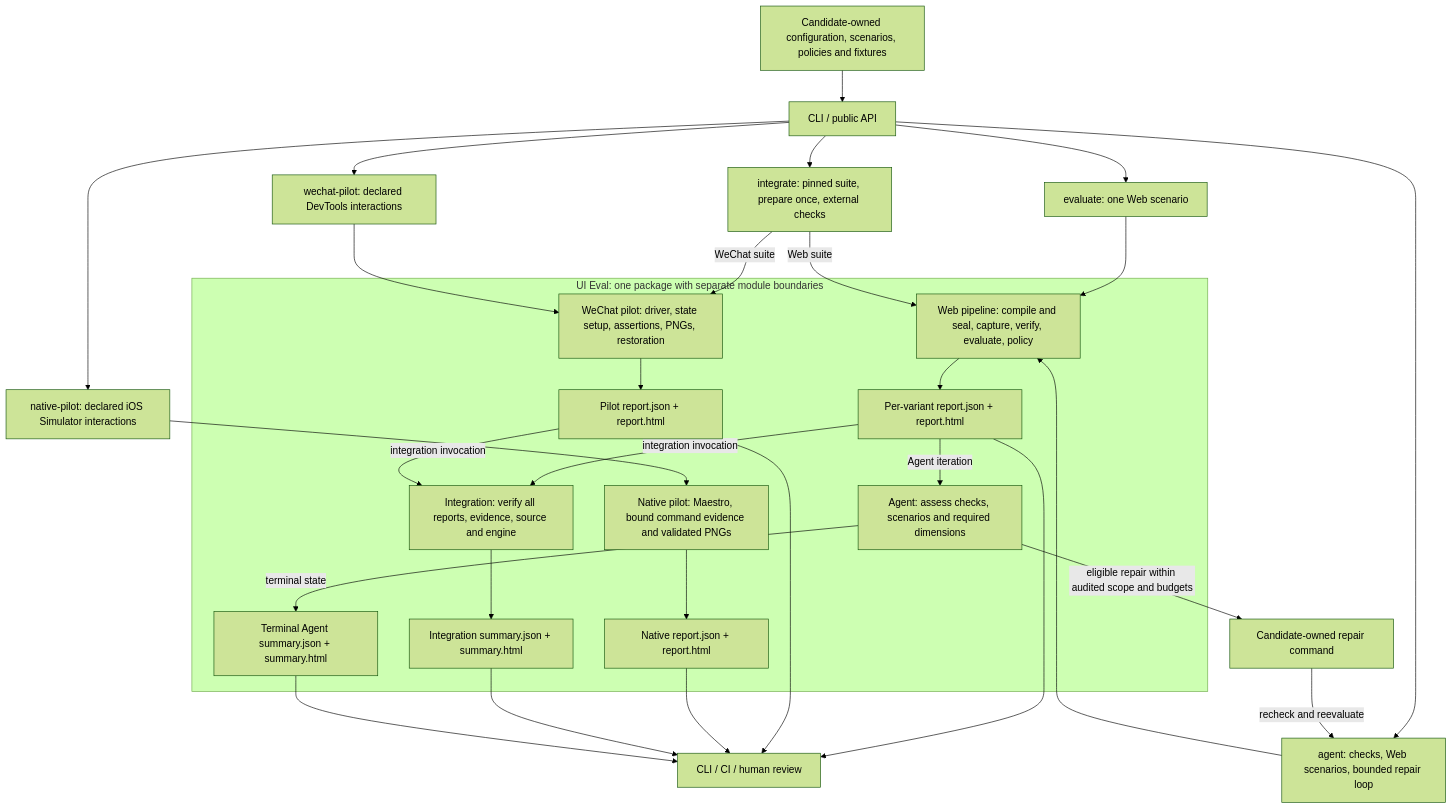
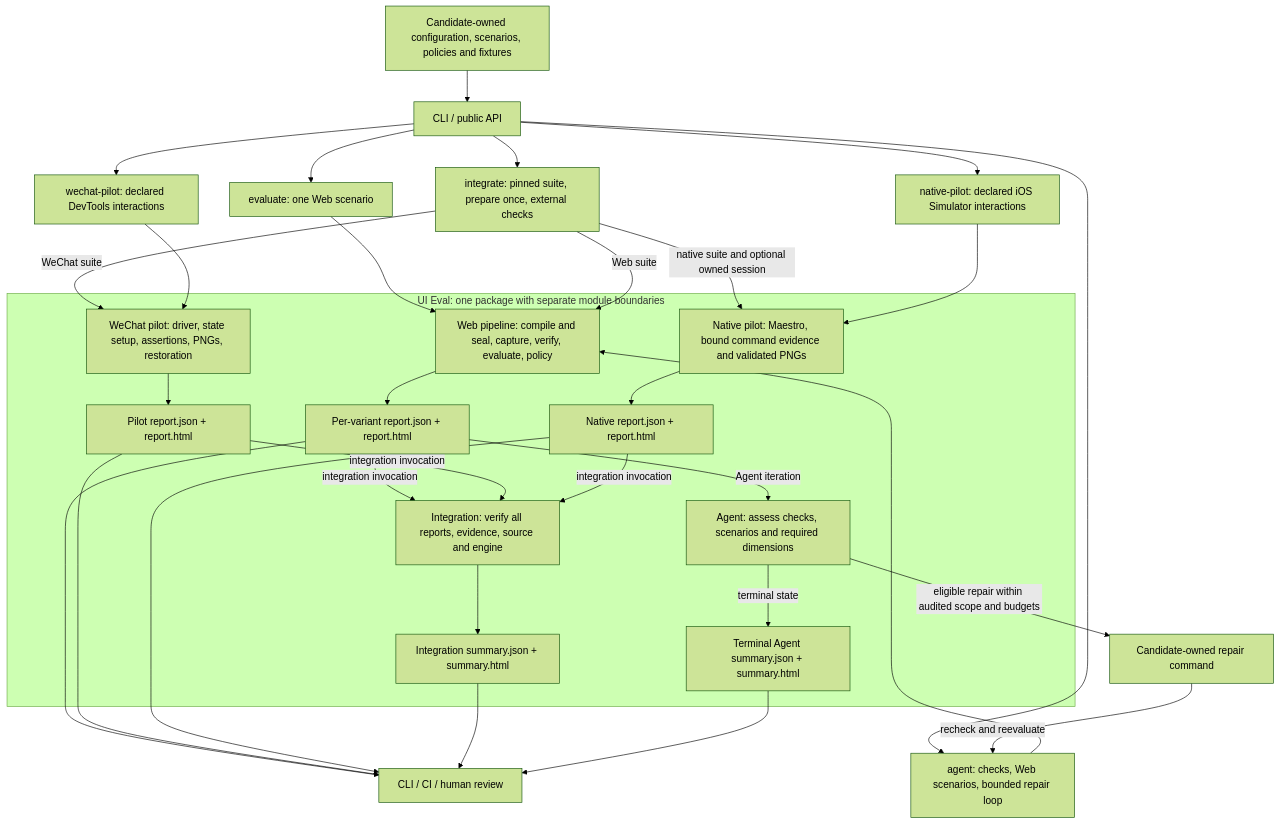
Before and after one commit to budded-water/ui-eval: the first of 3 diagrams in docs/design-overview.md, drawn with Mermaid (forest theme). The commit also changed other lines of this file and 34 other files, not shown here.

Commit message:
feat(integration): support native suites and owned sessions

````diff
--- a/docs/design-overview.md
+++ b/docs/design-overview.md
@@ -22,35 +22,37 @@
 ```mermaid
 flowchart TB
   Candidate["Candidate-owned configuration, scenarios, policies and fixtures"] --> Entry["CLI / public API"]
   Entry --> Direct["evaluate: one Web scenario"]
   Entry --> Integration["integrate: pinned suite, prepare once, external checks"]
   Entry --> Agent["agent: checks, Web scenarios, bounded repair loop"]
   Entry --> Pilot["wechat-pilot: declared DevTools interactions"]
   Entry --> NativeEntry["native-pilot: declared iOS Simulator interactions"]
 
   subgraph Runtime["UI Eval: one package with separate module boundaries"]
     Web["Web pipeline: compile and seal, capture, verify, evaluate, policy"] --> WebReports["Per-variant report.json + report.html"]
     WeChat["WeChat pilot: driver, state setup, assertions, PNGs, restoration"] --> WeChatReports["Pilot report.json + report.html"]
     Native["Native pilot: Maestro, bound command evidence and validated PNGs"] --> NativeReports["Native report.json + report.html"]
     IntegrateResult["Integration: verify all reports, evidence, source and engine"] --> IntegrationSummary["Integration summary.json + summary.html"]
     AgentDecision["Agent: assess checks, scenarios and required dimensions"] -->|terminal state| AgentSummary["Terminal Agent summary.json + summary.html"]
   end
 
   Direct --> Web
   Integration -->|Web suite| Web
   Integration -->|WeChat suite| WeChat
+  Integration -->|native suite and optional owned session| Native
   Agent --> Web
   Pilot --> WeChat
   NativeEntry --> Native
   WebReports -->|integration invocation| IntegrateResult
   WeChatReports -->|integration invocation| IntegrateResult
+  NativeReports -->|integration invocation| IntegrateResult
   WebReports -->|Agent iteration| AgentDecision
   AgentDecision -->|eligible repair within audited scope and budgets| Repair["Candidate-owned repair command"]
   Repair -->|recheck and reevaluate| Agent
 
   WebReports --> Handoff["CLI / CI / human review"]
   WeChatReports --> Handoff
   NativeReports --> Handoff
   IntegrationSummary --> Handoff
   AgentSummary --> Handoff
 ```
````
